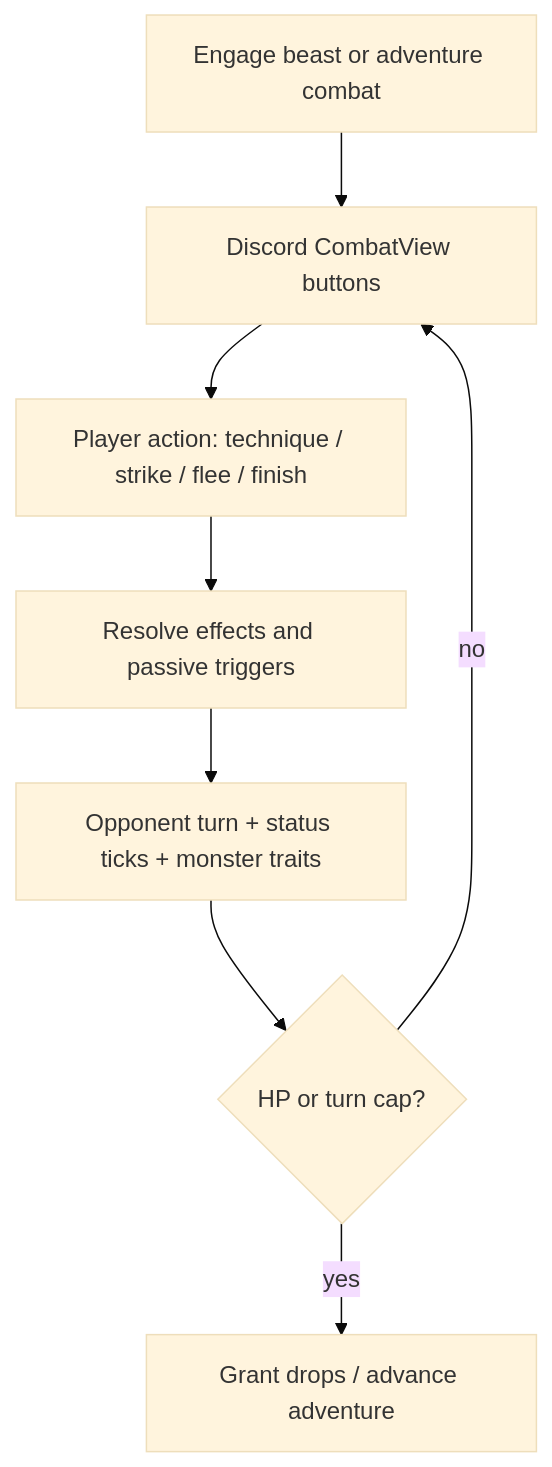
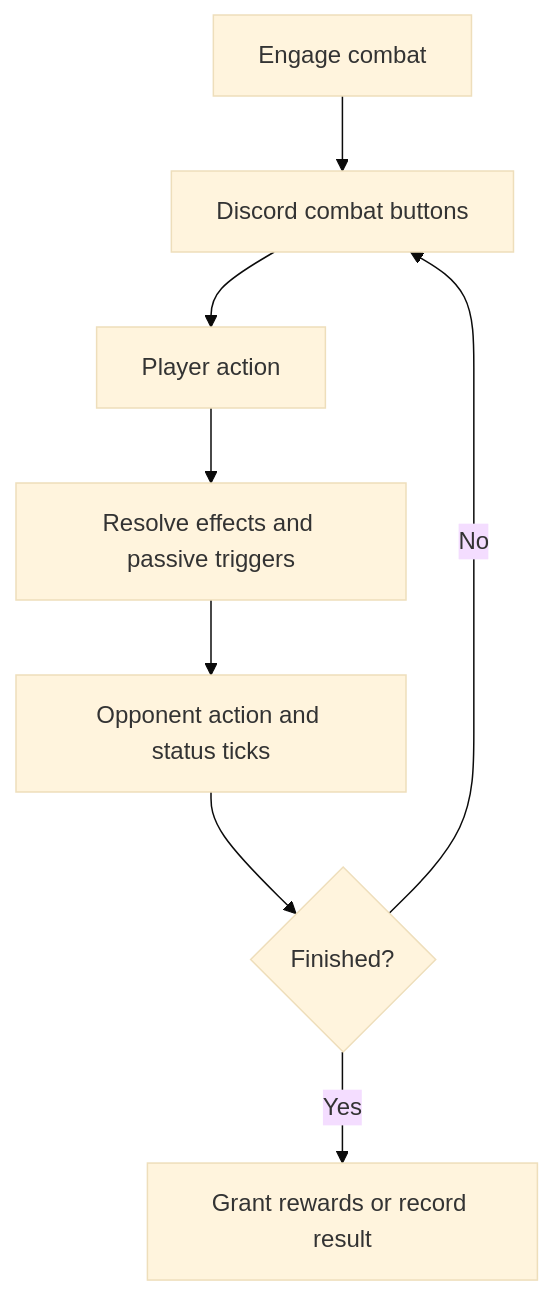
Before and after one commit to Sayuuuto/Cultivation-bot: the diagram in COMBAT_DESIGN.md, drawn with Mermaid (base theme). The commit also changed other lines of this file and 142 other files, not shown here.

````diff
--- a/COMBAT_DESIGN.md
+++ b/COMBAT_DESIGN.md
@@ -143,12 +126,13 @@
 ```mermaid
 flowchart TD
-  engage[Engage beast or adventure combat]
-  view[Discord CombatView buttons]
-  turn[Player action: technique / strike / flee / finish]
-  triggers[Resolve effects and passive triggers]
-  beast[Opponent turn + status ticks + monster traits]
-  endCheck{HP or turn cap?}
-  engage --> view --> turn --> triggers --> beast --> endCheck
-  endCheck -->|no| view
-  endCheck -->|yes| rewards[Grant drops / advance adventure]
+  engage[Engage combat]
+  view[Discord combat buttons]
+  player[Player action]
+  resolve[Resolve effects and passive triggers]
+  foe[Opponent action and status ticks]
+  finish{Finished?}
+  reward[Grant rewards or record result]
+  engage --> view --> player --> resolve --> foe --> finish
+  finish -->|No| view
+  finish -->|Yes| reward
 ```
````
